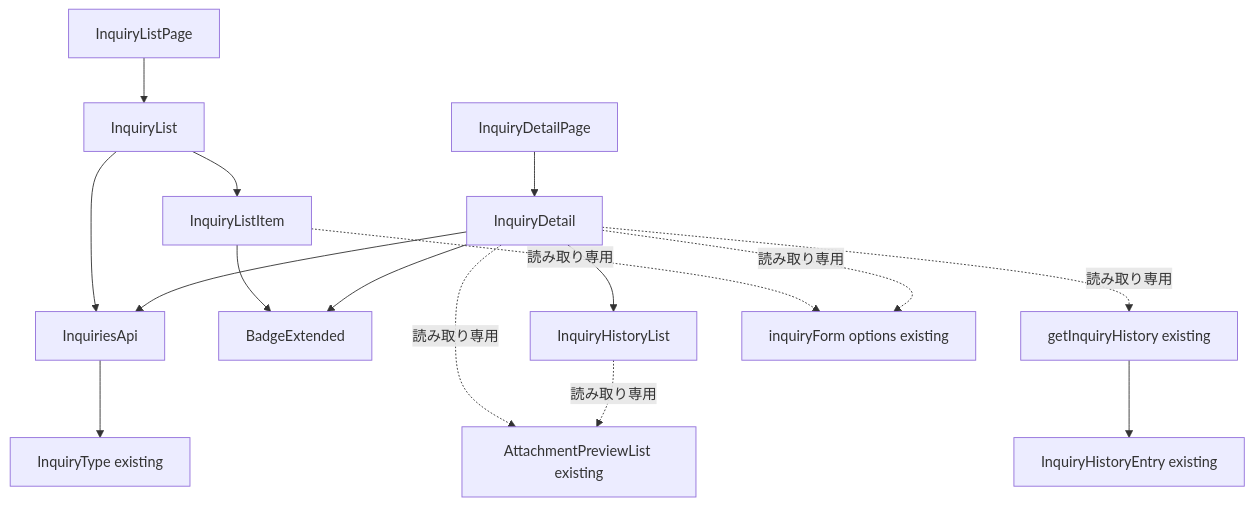
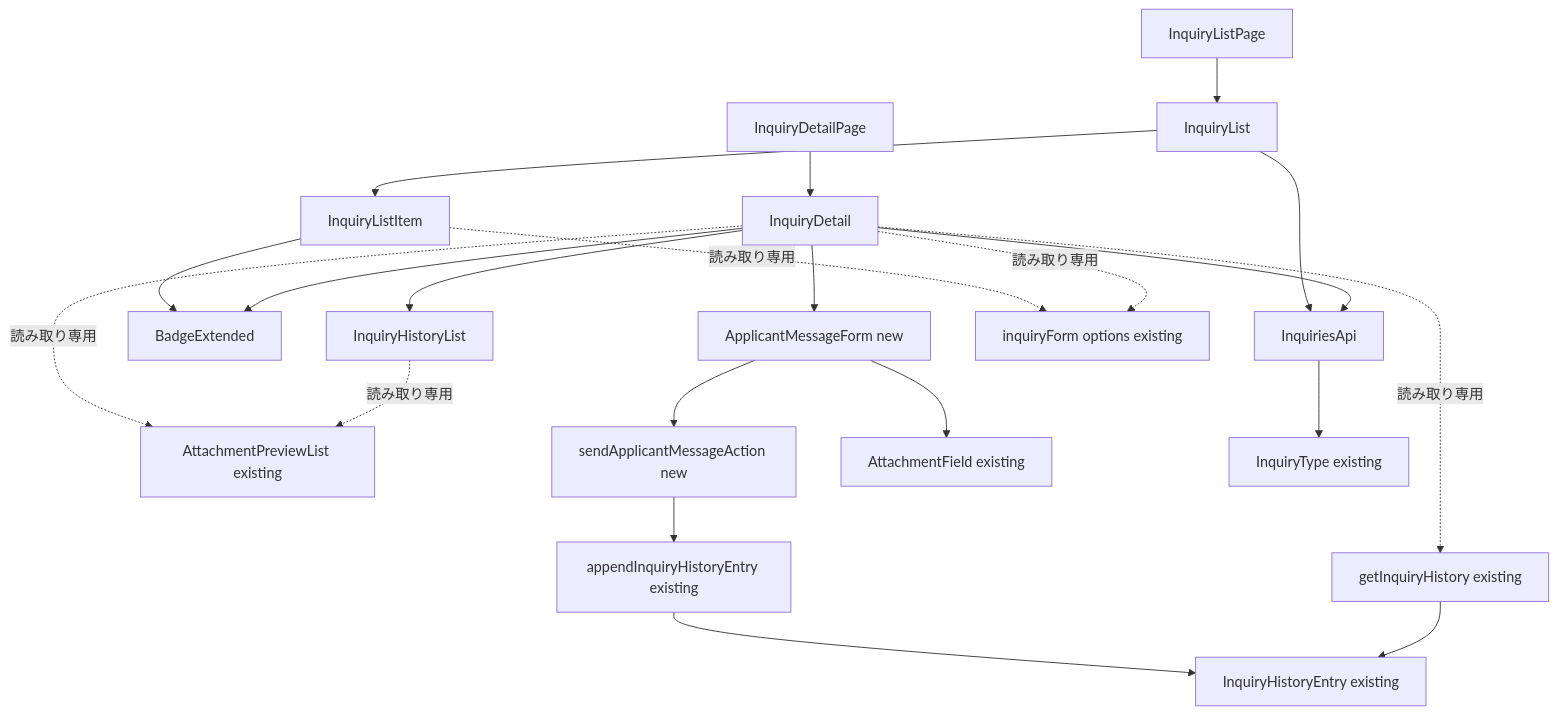
The first of 4 diagrams in .kiro/specs/inquiry-list/design.md (yuitosuenaga/daiso-portal-mock), drawn with Mermaid before and after one commit. The commit also changed other lines of this file and 23 other files, not shown here.

````diff
--- a/.kiro/specs/inquiry-list/design.md
+++ b/.kiro/specs/inquiry-list/design.md
@@ -72,32 +82,41 @@
 ```mermaid
 graph TB
     ListPage[InquiryListPage]
     DetailPage[InquiryDetailPage]
     List[InquiryList]
     ListItem[InquiryListItem]
     Detail[InquiryDetail]
     HistoryList[InquiryHistoryList]
     Badge[BadgeExtended]
     Attachments[AttachmentPreviewList existing]
+    MessageForm[ApplicantMessageForm new]
+    SendAction[sendApplicantMessageAction new]
+    AttachmentField[AttachmentField existing]
     Api[InquiriesApi]
     HistoryApi[getInquiryHistory existing]
+    AppendHistoryApi[appendInquiryHistoryEntry existing]
     Types[InquiryType existing]
     HistoryTypes[InquiryHistoryEntry existing]
     InquiryFormMessages[inquiryForm options existing]
 
     ListPage --> List
     List --> ListItem
     ListItem --> Badge
     DetailPage --> Detail
     Detail --> Badge
     Detail --> HistoryList
     Detail -.読み取り専用.-> Attachments
     HistoryList -.読み取り専用.-> Attachments
+    Detail --> MessageForm
+    MessageForm --> AttachmentField
+    MessageForm --> SendAction
+    SendAction --> AppendHistoryApi
+    AppendHistoryApi --> HistoryTypes
     List --> Api
     Detail --> Api
     Detail -.読み取り専用.-> HistoryApi
     HistoryApi --> HistoryTypes
     Api --> Types
     ListItem -.読み取り専用.-> InquiryFormMessages
     Detail -.読み取り専用.-> InquiryFormMessages
 ```
````
